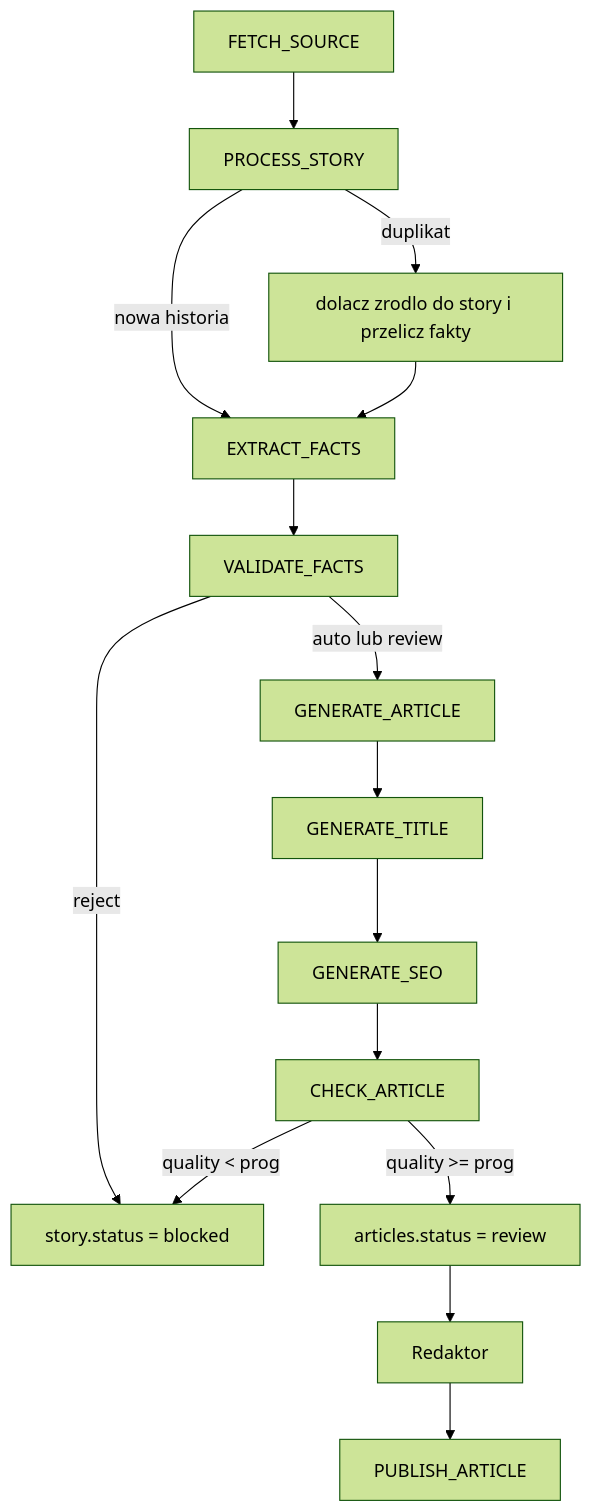
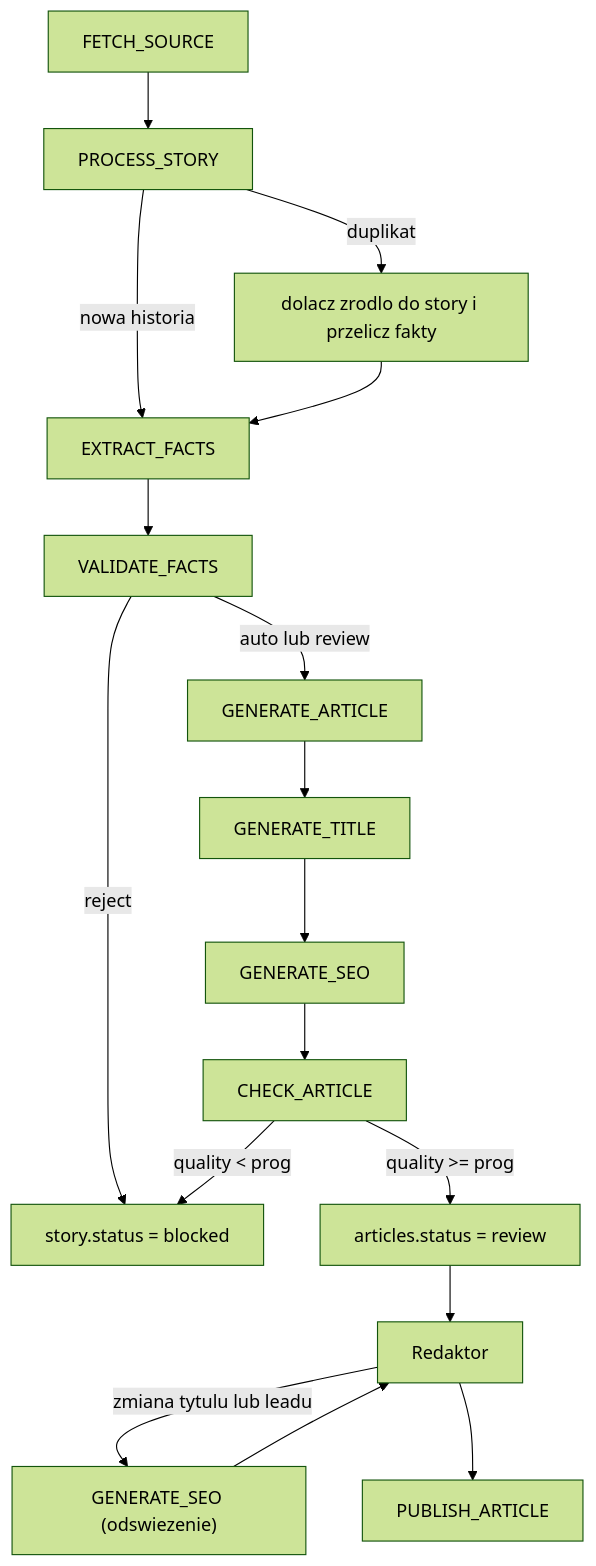
Before and after one commit to Adys23/football-news: the diagram in docs/ai-pipeline.md, drawn with Mermaid (forest theme). The commit also changed other lines of this file and 15 other files, not shown here.

First line of the commit message:
feat(generation): odswiezenie SEO po edycji redaktora (#34)

````diff
--- a/docs/ai-pipeline.md
+++ b/docs/ai-pipeline.md
@@ -29,17 +29,19 @@
 ```mermaid
 flowchart TD
   fetch["FETCH_SOURCE"] --> process["PROCESS_STORY"]
   process -->|nowa historia| extract["EXTRACT_FACTS"]
   process -->|duplikat| attach["dolacz zrodlo do story i przelicz fakty"]
   attach --> extract
   extract --> validate["VALIDATE_FACTS"]
   validate -->|reject| blocked["story.status = blocked"]
   validate -->|auto lub review| article["GENERATE_ARTICLE"]
   article --> title["GENERATE_TITLE"]
   title --> seo["GENERATE_SEO"]
   seo --> check["CHECK_ARTICLE"]
   check -->|quality < prog| blocked
   check -->|quality >= prog| review["articles.status = review"]
   review --> editor["Redaktor"]
+  editor -->|zmiana tytulu lub leadu| refresh["GENERATE_SEO (odswiezenie)"]
+  refresh --> editor
   editor --> publish["PUBLISH_ARTICLE"]
 ```
````
